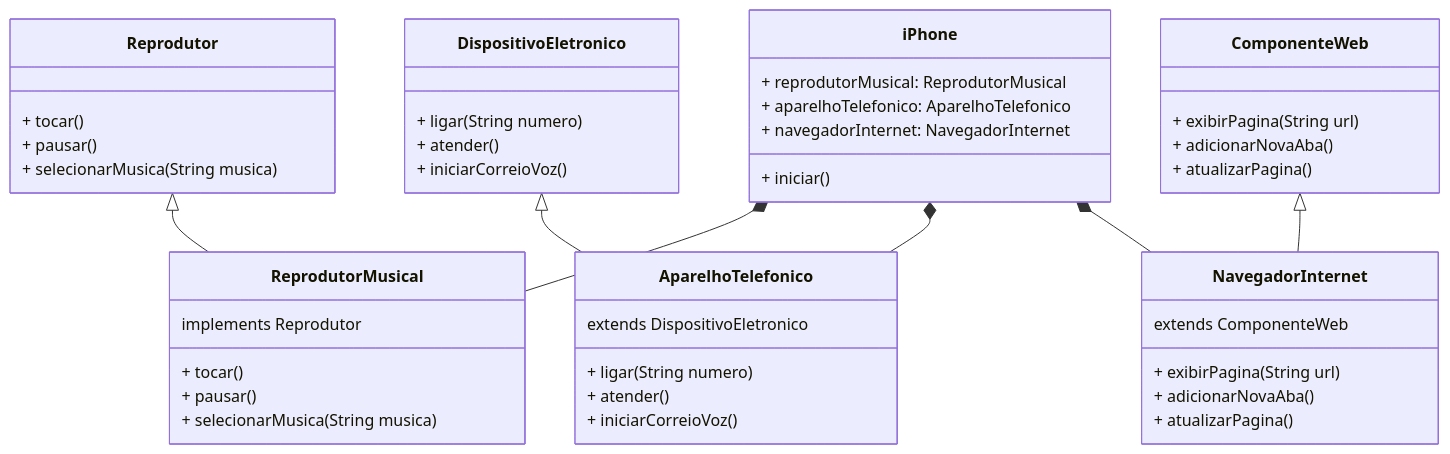
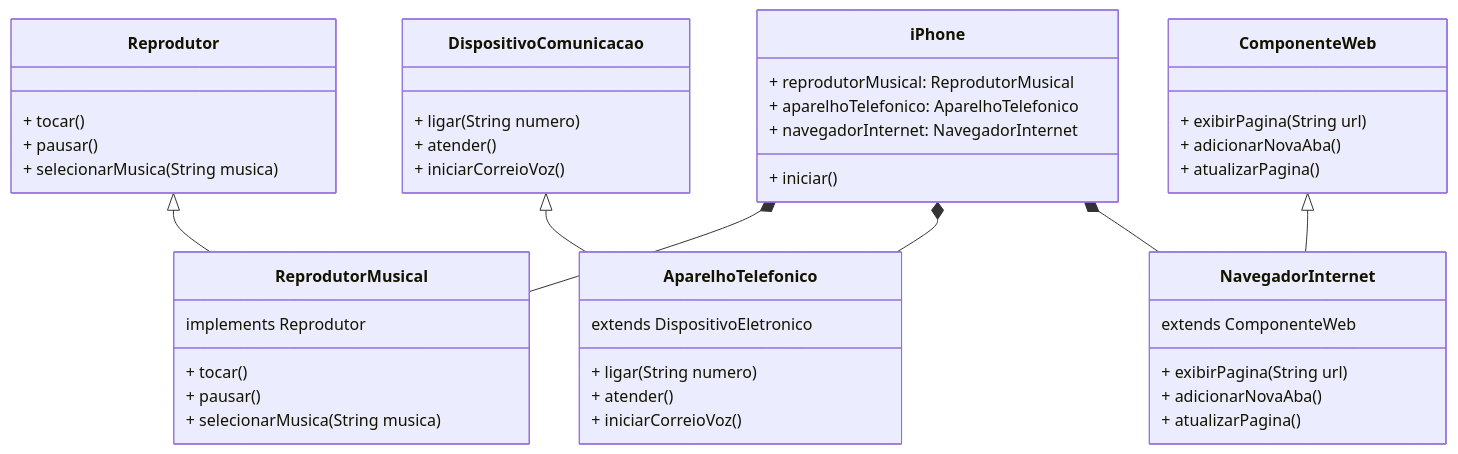
Before and after one commit to laiscrz/bootcamp-java-santander: the diagram in Challenges/JavaPOOChallenges/iPhoneModelingUML/README.md, drawn with Mermaid.

Commit message:
docs: update README.md in iPhoneModelingUML

````diff
--- a/Challenges/JavaPOOChallenges/iPhoneModelingUML/README.md
+++ b/Challenges/JavaPOOChallenges/iPhoneModelingUML/README.md
@@ -23,56 +23,56 @@
 ```mermaid
 classDiagram
     class Reprodutor {
         + tocar()
         + pausar()
         + selecionarMusica(String musica)
     }
 
     class ReprodutorMusical {
         implements Reprodutor
         + tocar()
         + pausar()
         + selecionarMusica(String musica)
     }
 
-    class DispositivoEletronico {
+    class DispositivoComunicacao {
         + ligar(String numero)
         + atender()
         + iniciarCorreioVoz()
     }
 
     class ComponenteWeb {
         + exibirPagina(String url)
         + adicionarNovaAba()
         + atualizarPagina()
     }
 
     class NavegadorInternet {
         extends ComponenteWeb
         + exibirPagina(String url)
         + adicionarNovaAba()
         + atualizarPagina()
     }
 
     class AparelhoTelefonico {
         extends DispositivoEletronico
         + ligar(String numero)
         + atender()
         + iniciarCorreioVoz()
     }
 
     class iPhone {
         + reprodutorMusical: ReprodutorMusical
         + aparelhoTelefonico: AparelhoTelefonico
         + navegadorInternet: NavegadorInternet
         
         + iniciar()
     }
 
     Reprodutor <|-- ReprodutorMusical
-    DispositivoEletronico <|-- AparelhoTelefonico
+    DispositivoComunicacao <|-- AparelhoTelefonico
     ComponenteWeb <|-- NavegadorInternet
     iPhone *-- ReprodutorMusical
     iPhone *-- AparelhoTelefonico
     iPhone *-- NavegadorInternet
 ```
````
